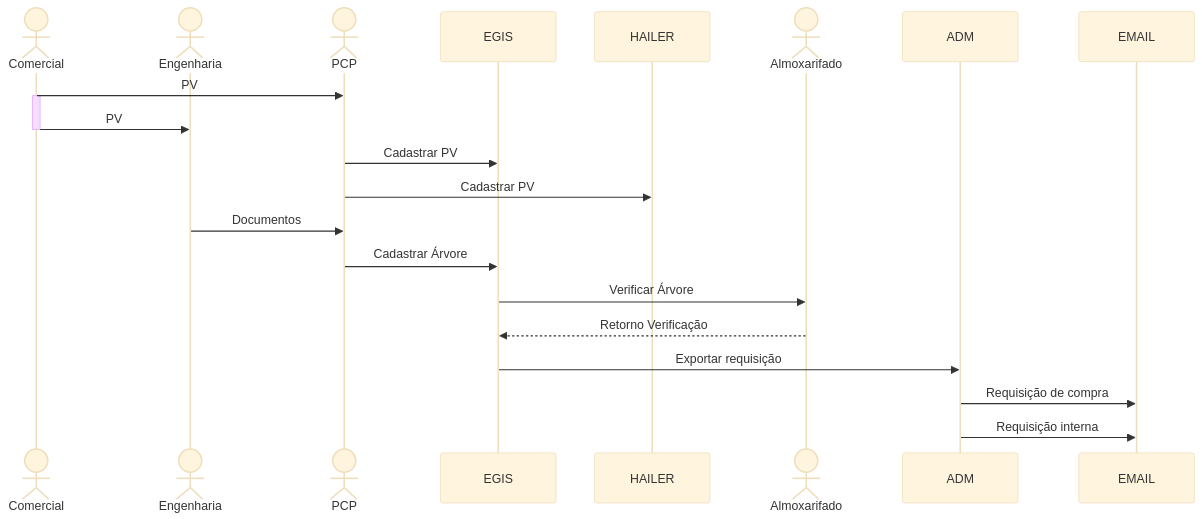
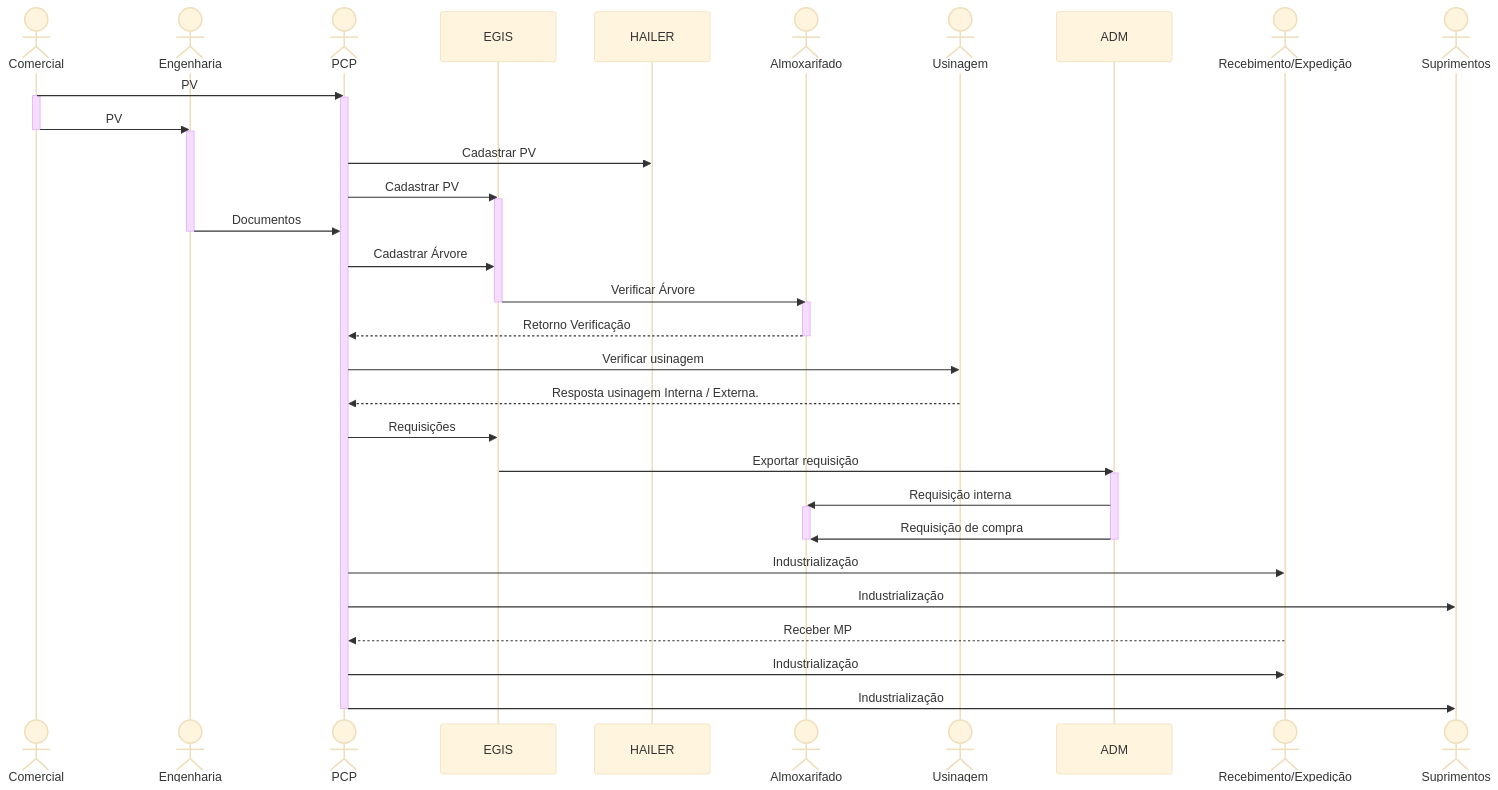
The diagram in Guia de operações PCP rev.01.md (DiegoS-Nunes/Empresa), drawn with Mermaid (base theme) before and after one commit.

````diff
--- a/Guia de operações PCP rev.01.md
+++ b/Guia de operações PCP rev.01.md
@@ -7,35 +7,65 @@
 ```mermaid
 sequenceDiagram
     actor Comercial
     actor Engenharia
     actor PCP
 
     participant EGIS
     participant HAILER
 
     Comercial->>PCP: PV
     activate Comercial
+    activate PCP
+    
     Comercial->>Engenharia: PV
     deactivate Comercial
-
+    activate Engenharia
+    
+    PCP->>HAILER: Cadastrar PV
     PCP->>EGIS: Cadastrar PV
-    PCP->>HAILER: Cadastrar PV
+    activate EGIS
     
     Engenharia->>PCP: Documentos
+    deactivate Engenharia
     PCP->>EGIS: Cadastrar Árvore
 
     actor Almoxarifado
 
     EGIS->>Almoxarifado: Verificar Árvore
-    Almoxarifado-->>EGIS: Retorno Verificação
+    activate Almoxarifado
+    deactivate EGIS
+
+    Almoxarifado-->>PCP: Retorno Verificação
+    deactivate Almoxarifado
+
+    actor Usinagem
+
+    PCP->>Usinagem: Verificar usinagem
+    Usinagem-->>PCP: Resposta usinagem Interna / Externa.
+
+    PCP->>EGIS: Requisições
 
     EGIS->>ADM: Exportar requisição
 
     participant ADM
+    activate ADM
 
-    ADM->>EMAIL: Requisição de compra
-    ADM->>EMAIL: Requisição interna
+    ADM->>Almoxarifado: Requisição interna
+    activate Almoxarifado
+    
+    ADM->>Almoxarifado: Requisição de compra
+    deactivate ADM
+    deactivate Almoxarifado
 
-    participant EMAIL
+    actor Recebimento/Expedição
+    actor Suprimentos
+    
+    PCP->>Recebimento/Expedição: Industrialização
+    PCP->>Suprimentos: Industrialização 
 
+    Recebimento/Expedição-->>PCP: Receber MP
+    PCP->>Recebimento/Expedição: Industrialização
+    PCP->>Suprimentos: Industrialização 
+    
+    deactivate PCP
 ```
````
